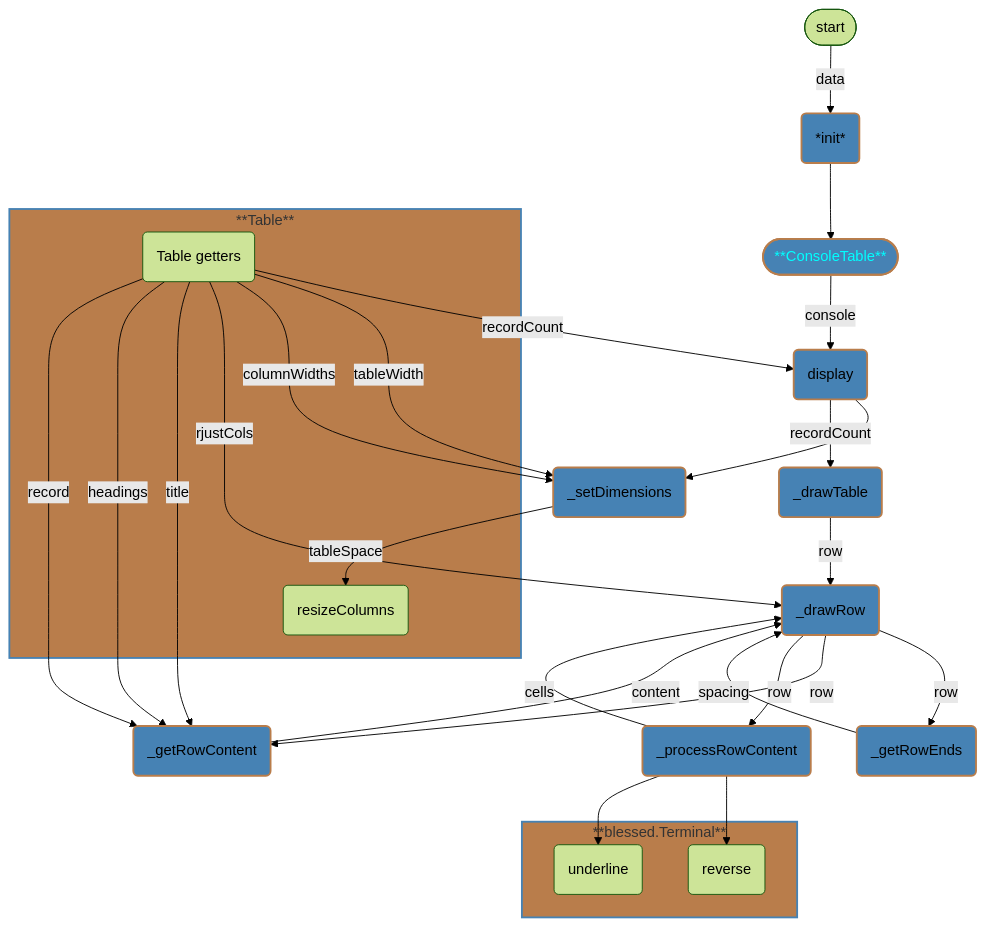
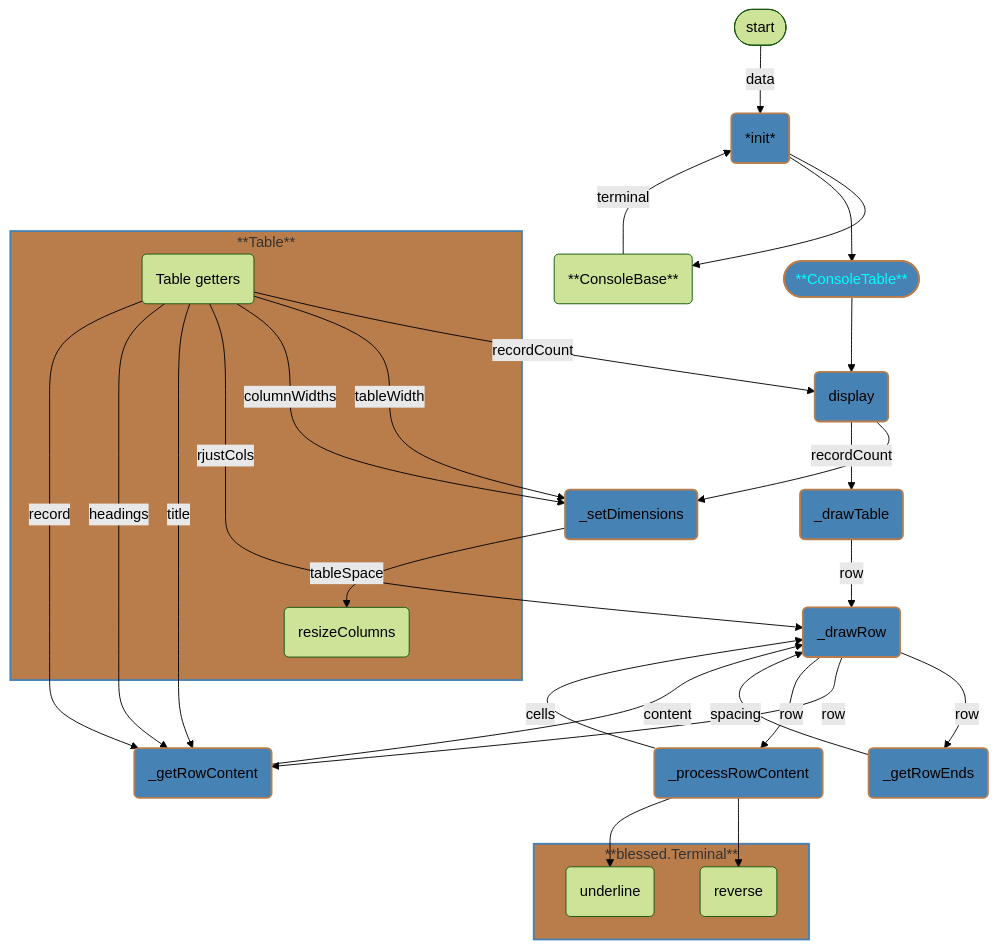
One commit to 7s4e/p3 changed diagram 18 of 26 in pyScripts/docs/console.md. Above: the diagram before and after it, drawn with Mermaid (forest theme). The commit also changed other lines of this file and 7 other files, not shown here.

````diff
--- a/pyScripts/docs/console.md
+++ b/pyScripts/docs/console.md
@@ -447,47 +497,50 @@
 ```mermaid
 graph
     style MAIN fill:#4682b4,stroke:#b97d4b,stroke-width:2px,color:#0ff
     style T fill:#b97d4b,stroke:#4682b4,stroke-width:2px
     style C fill:#b97d4b,stroke:#4682b4,stroke-width:2px
     classDef method fill:#4682b4,stroke:#b97d4b,stroke-width:2px
     STRT([start])
         STRT -- data --> INIT
     INIT(*init*):::method
-        INIT --> MAIN
+        INIT              --> BASE
+        BASE -- terminal --> INIT
+        INIT              --> MAIN
+    BASE(**ConsoleBase**)
     MAIN([**ConsoleTable**])
-        MAIN -- console  --> DSPL
+        MAIN --> DSPL
     DSPL(display):::method
         DSPL                 --> SDMN
         TGET -- recordCount --> DSPL
         DSPL -- recordCount --> DTBL
     SDMN(_setDimensions):::method
         TGET -- tableWidth   --> SDMN
         SDMN -- tableSpace   --> RSZC
         TGET -- columnWidths --> SDMN
     DTBL(_drawTable):::method
         DTBL -- row --> DROW
     DROW(_drawRow):::method
         TGET -- rjustCols --> DROW
         DROW -- row       --> GRWE
         GRWE -- spacing   --> DROW
         DROW -- row       --> GTXT
         GTXT -- content   --> DROW
         DROW -- row       --> PTXT
         PTXT -- cells     --> DROW
     GRWE(_getRowEnds):::method
     GTXT(_getRowContent):::method
         TGET -- title    --> GTXT
         TGET -- headings --> GTXT
         TGET -- record   --> GTXT
     PTXT(_processRowContent):::method
         PTXT --> RVRS
         PTXT --> UDLN
     subgraph T [**Table**]
         TGET(Table getters)
         RSZC(resizeColumns)
     end
     subgraph C [**blessed.Terminal**]
         RVRS(reverse)
         UDLN(underline)
     end
 ```
````
